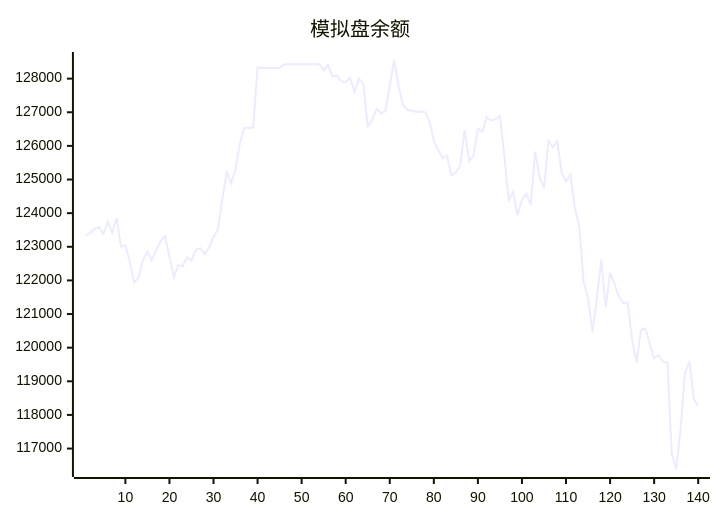
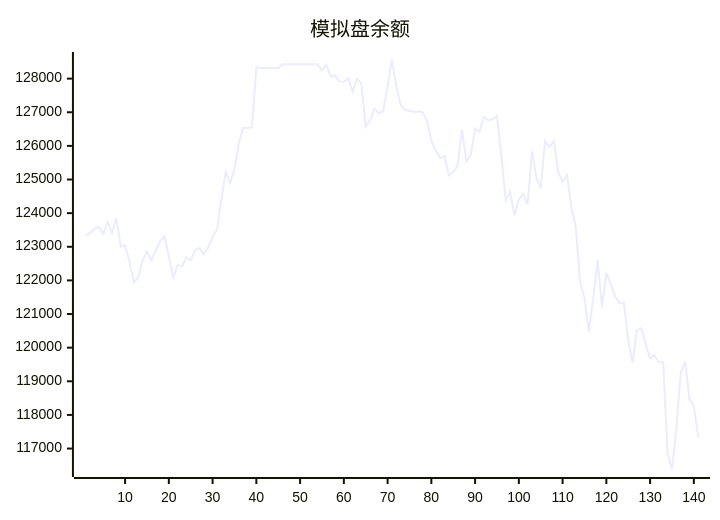
One commit to aahl/ai-trading changed the diagram in README.md. Above: the diagram before and after it, drawn with Mermaid. The commit also changed other lines of this file and 1 other file, not shown here.

````diff
--- a/README.md
+++ b/README.md
@@ -5,5 +5,5 @@
 ```mermaid
 xychart
     title "模拟盘余额"
-    line [123338,123402,123530,123592,123378,123745,123413,123853,123009,123040,122557,121938,122095,122599,122856,122597,122898,123160,123319,122719,122087,122454,122416,122685,122592,122907,122961,122776,122981,123295,123507,124403,125224,124894,125303,126088,126544,126534,126549,128335,128318,128318,128318,128318,128318,128424,128424,128424,128424,128424,128424,128424,128424,128424,128247,128412,128062,128087,127917,127901,128026,127611,128000,127850,126572,126770,127100,126971,127029,127783,128554,127765,127224,127064,127044,127009,127025,127004,126738,126152,125871,125635,125707,125117,125217,125420,126480,125545,125715,126511,126424,126856,126764,126788,126890,125710,124381,124632,123936,124402,124574,124256,125833,125070,124739,126154,125966,126145,125213,124943,125143,124157,123604,121959,121476,120476,121470,122610,121201,122221,121889,121522,121332,121344,120232,119559,120513,120577,120108,119680,119777,119572,119568,116839,116392,117573,119250,119585,118469,118277]
+    line [123338,123402,123530,123592,123378,123745,123413,123853,123009,123040,122557,121938,122095,122599,122856,122597,122898,123160,123319,122719,122087,122454,122416,122685,122592,122907,122961,122776,122981,123295,123507,124403,125224,124894,125303,126088,126544,126534,126549,128335,128318,128318,128318,128318,128318,128424,128424,128424,128424,128424,128424,128424,128424,128424,128247,128412,128062,128087,127917,127901,128026,127611,128000,127850,126572,126770,127100,126971,127029,127783,128554,127765,127224,127064,127044,127009,127025,127004,126738,126152,125871,125635,125707,125117,125217,125420,126480,125545,125715,126511,126424,126856,126764,126788,126890,125710,124381,124632,123936,124402,124574,124256,125833,125070,124739,126154,125966,126145,125213,124943,125143,124157,123604,121959,121476,120476,121470,122610,121201,122221,121889,121522,121332,121344,120232,119559,120513,120577,120108,119680,119777,119572,119568,116839,116392,117573,119250,119585,118469,118277,117338]
 ```
````
